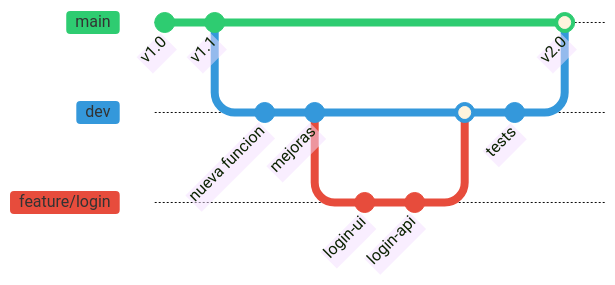
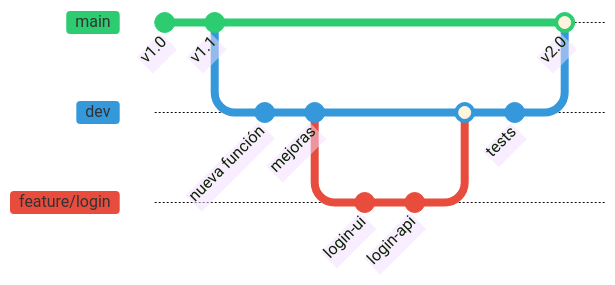
The first of 2 diagrams in docs/02_dev_tools/01_git/section_1_fundamentals.md (danibcorr/wiki-personal), drawn with Mermaid before and after one commit. The commit also changed other lines of this file and 4 other files, not shown here.

````diff
--- a/docs/02_dev_tools/01_git/section_1_fundamentals.md
+++ b/docs/02_dev_tools/01_git/section_1_fundamentals.md
@@ -339,23 +328,23 @@
 ```mermaid
 %%{init: { 'theme': 'base', 'themeVariables': {
    'git0': '#2ecc71',
    'git1': '#3498db',
    'git2': '#e74c3c',
    'commitLabelFontSize': '16px',
    'tagLabelFontSize': '16px'
 }}}%%
 gitGraph
    commit id: "v1.0"
    commit id: "v1.1"
    branch dev
-   commit id: "nueva funcion"
+   commit id: "nueva función"
    commit id: "mejoras"
    branch feature/login
    commit id: "login-ui"
    commit id: "login-api"
    checkout dev
    merge feature/login
    commit id: "tests"
    checkout main
    merge dev id: "v2.0"
 ```
````
